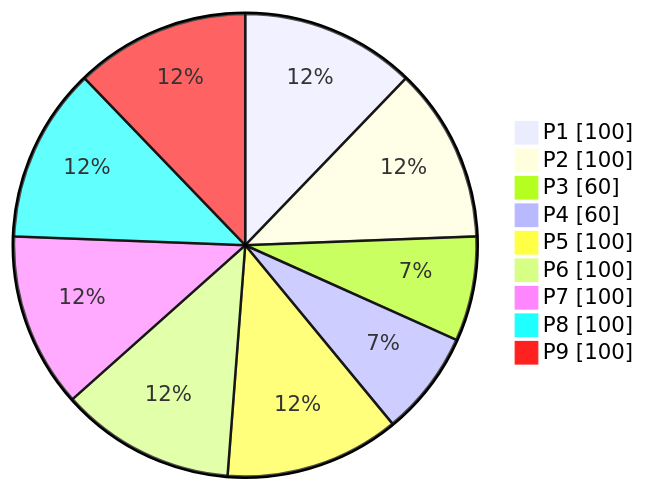
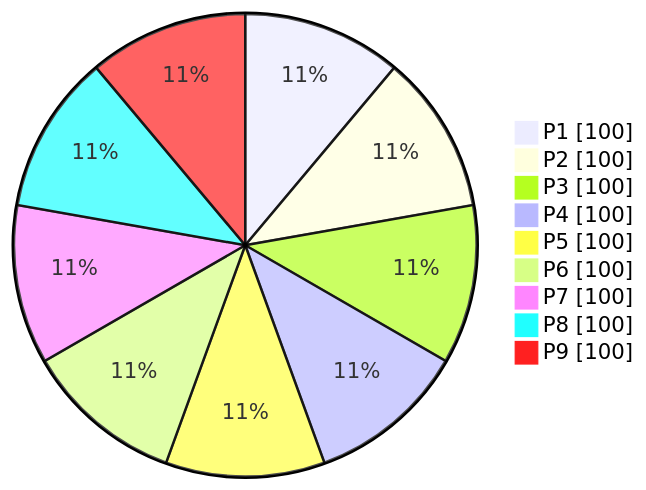
The diagram in PHASES-1-9_Debugging_Progress.md (Azrea-Shade/Trader-Forge), drawn with Mermaid before and after one commit. The commit also changed other lines of this file, not shown here.

````diff
--- a/PHASES-1-9_Debugging_Progress.md
+++ b/PHASES-1-9_Debugging_Progress.md
@@ -25,12 +25,12 @@
 ```mermaid
 pie showData
   "P1" : 100
   "P2" : 100
-  "P3" : 60
-  "P4" : 60
+  "P3" : 100
+  "P4" : 100
   "P5" : 100
   "P6" : 100
   "P7" : 100
   "P8" : 100
   "P9" : 100
 ```
````
